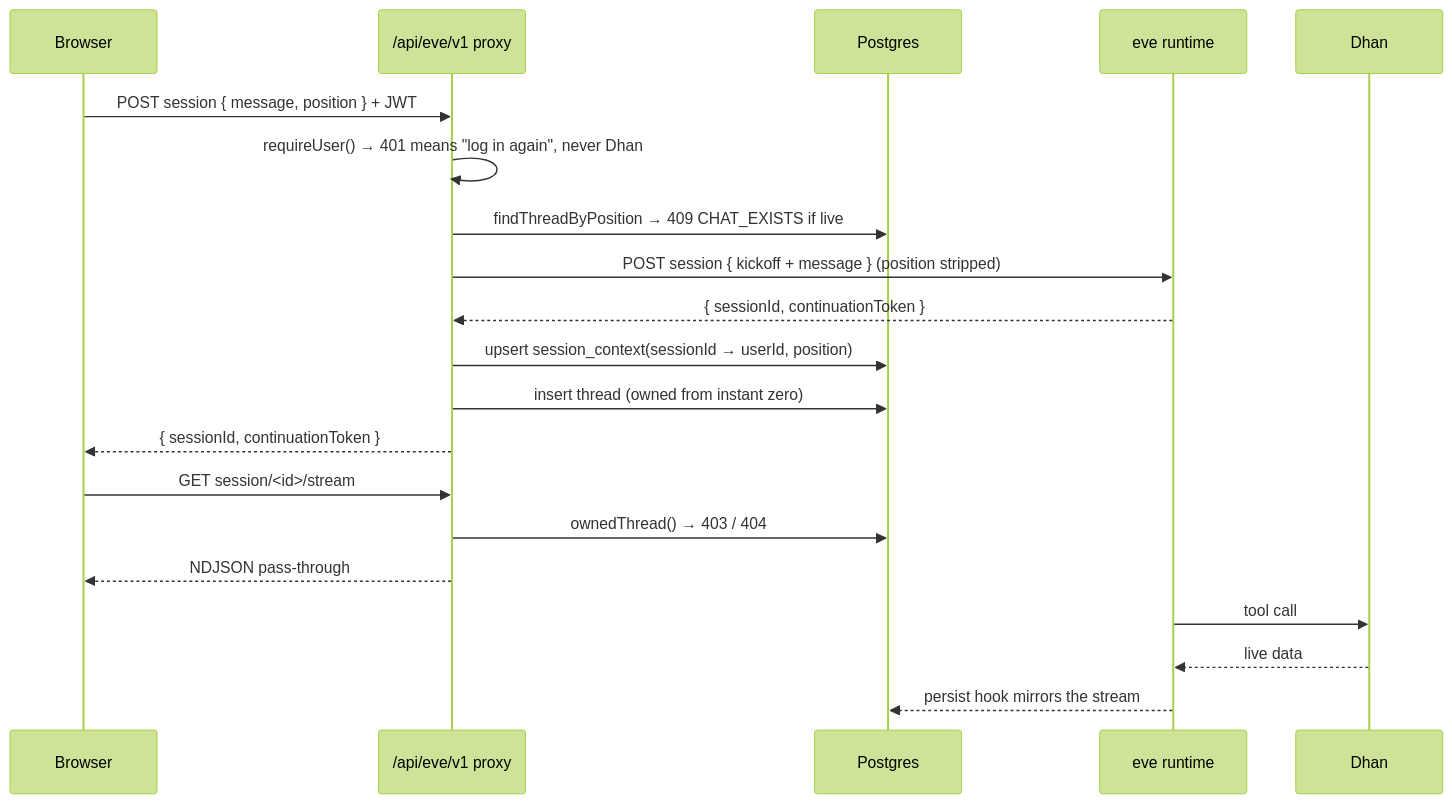
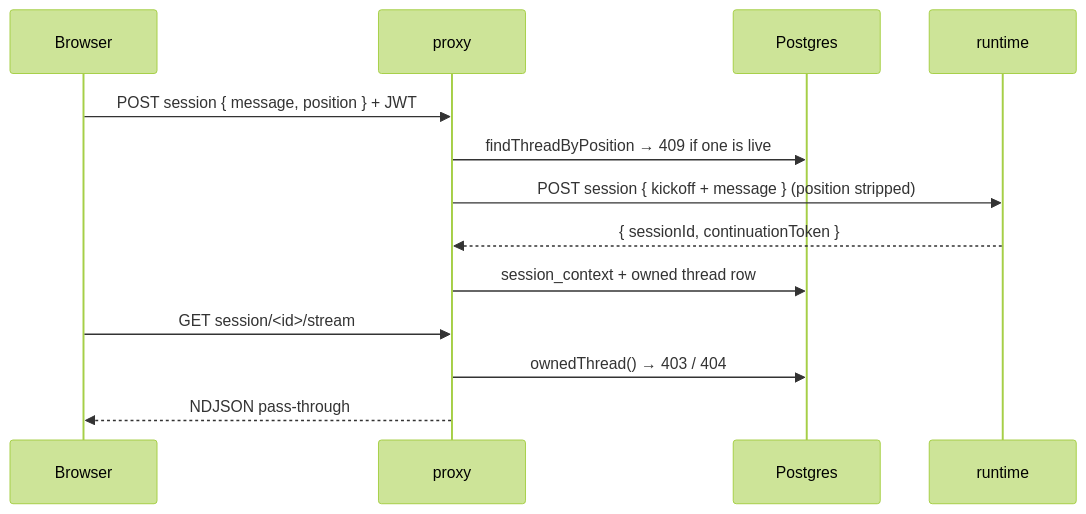
One commit to MADHAN-CJ/zap-eve changed the third of 4 diagrams in README.md. Above: the diagram before and after it, drawn with Mermaid (forest theme). The commit also changed other lines of this file, not shown here.

````diff
--- a/README.md
+++ b/README.md
@@ -161,25 +95,16 @@
 ```mermaid
 sequenceDiagram
     participant B as Browser
-    participant P as /api/eve/v1 proxy
+    participant P as proxy
     participant D as Postgres
-    participant E as eve runtime
-    participant K as Dhan
+    participant E as runtime
 
     B->>P: POST session { message, position } + JWT
-    P->>P: requireUser() → 401 means "log in again", never Dhan
-    P->>D: findThreadByPosition → 409 CHAT_EXISTS if live
+    P->>D: findThreadByPosition → 409 if one is live
     P->>E: POST session { kickoff + message }  (position stripped)
     E-->>P: { sessionId, continuationToken }
-    P->>D: upsert session_context(sessionId → userId, position)
-    P->>D: insert thread (owned from instant zero)
-    P-->>B: { sessionId, continuationToken }
-
+    P->>D: session_context + owned thread row
     B->>P: GET session/<id>/stream
     P->>D: ownedThread() → 403 / 404
     P-->>B: NDJSON pass-through
-
-    E->>K: tool call
-    K-->>E: live data
-    E-->>D: persist hook mirrors the stream
 ```
````
